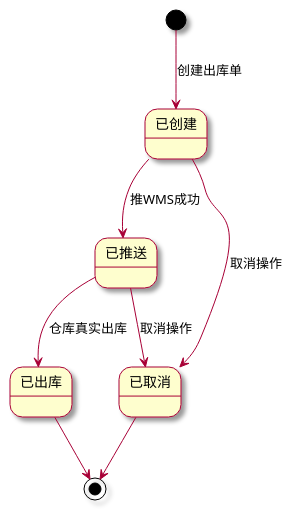
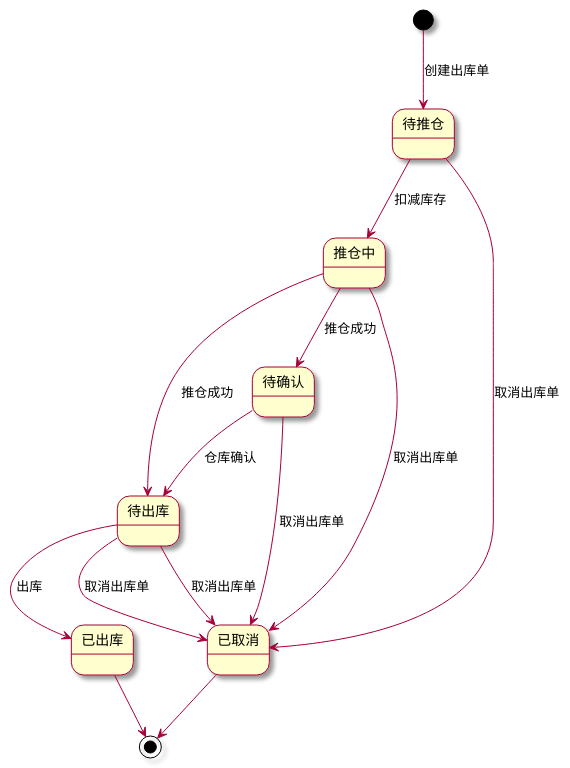
One commit to HanyuKing/learn-jdk changed the diagram in src/main/java/uml/car/StockOut_State.puml. Above: the diagram before and after it, drawn with PlantUML. The commit also changed 4 other files, not shown here.

```diff
--- a/src/main/java/uml/car/StockOut_State.puml
+++ b/src/main/java/uml/car/StockOut_State.puml
@@ -1,18 +1,31 @@
 @startuml
 'https://plantuml.com/state-diagram
 
 
 skin rose
 
+state 待推仓
+state 推仓中
+state 待确认
+state 待出库
+state 已出库
+state 已取消
 
-[*] --> 已创建 : 创建出库单
-已创建 --> 已推送 : 推WMS成功
-已推送 --> 已出库 : 仓库真实出库
+
+[*] --> 待推仓 : 创建出库单
+待推仓 --> 推仓中 : 扣减库存
+推仓中 --> 待出库 : 推仓成功
+推仓中 --> 待确认 : 推仓成功
+待确认 --> 待出库 : 仓库确认
+待出库 --> 已出库 : 出库
 已出库 --> [*]
 
-已创建 --> 已取消 : 取消操作
-已推送 --> 已取消 : 取消操作
+待推仓 --> 已取消 : 取消出库单
+待出库 --> 已取消 : 取消出库单
+推仓中 --> 已取消 : 取消出库单
+待确认 --> 已取消 : 取消出库单
+待出库 --> 已取消 : 取消出库单
 
 已取消 --> [*]
 
 @enduml
```
